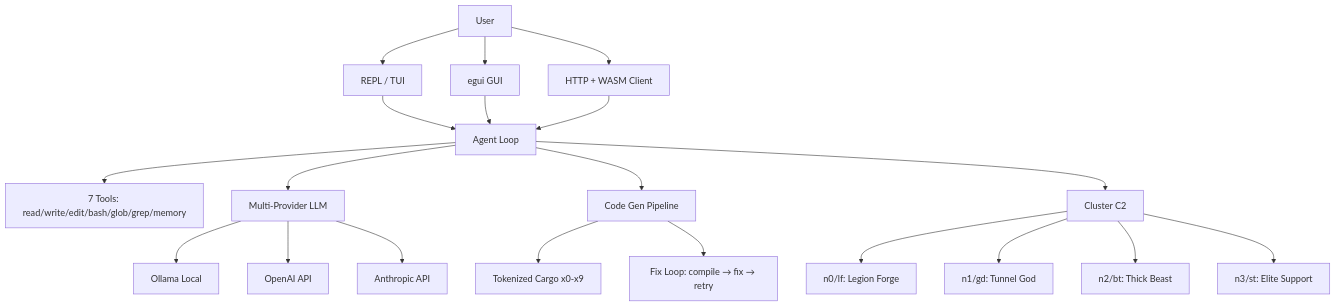
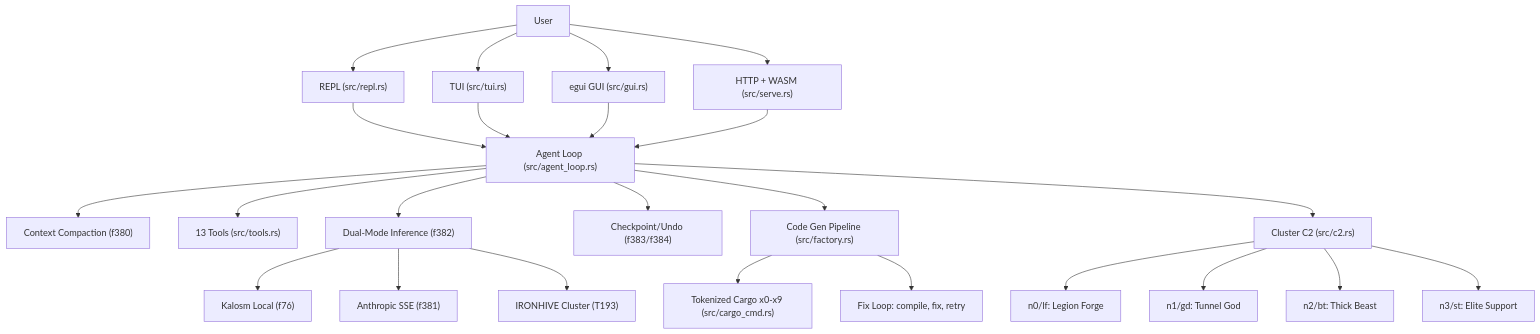
Before and after one commit to cochranblock/kova: the diagram in PROOF_OF_ARTIFACTS.md, drawn with Mermaid. The commit also changed other lines of this file and 5 other files, not shown here.

````diff
--- a/PROOF_OF_ARTIFACTS.md
+++ b/PROOF_OF_ARTIFACTS.md
@@ -11,22 +11,26 @@
 ```mermaid
 flowchart TD
-    User[User] --> REPL[REPL / TUI]
-    User --> GUI[egui GUI]
-    User --> HTTP[HTTP + WASM Client]
-    REPL --> AgentLoop[Agent Loop]
+    User[User] --> REPL["REPL (src/repl.rs)"]
+    User --> TUI["TUI (src/tui.rs)"]
+    User --> GUI["egui GUI (src/gui.rs)"]
+    User --> HTTP["HTTP + WASM (src/serve.rs)"]
+    REPL --> AgentLoop["Agent Loop (src/agent_loop.rs)"]
+    TUI --> AgentLoop
     GUI --> AgentLoop
     HTTP --> AgentLoop
-    AgentLoop --> Tools[7 Tools: read/write/edit/bash/glob/grep/memory]
-    AgentLoop --> Inference[Multi-Provider LLM]
-    Inference --> Ollama[Ollama Local]
-    Inference --> OpenAI[OpenAI API]
-    Inference --> Anthropic[Anthropic API]
-    AgentLoop --> Pipeline[Code Gen Pipeline]
-    Pipeline --> CargoCmd[Tokenized Cargo x0-x9]
-    Pipeline --> FixLoop[Fix Loop: compile → fix → retry]
-    AgentLoop --> C2[Cluster C2]
-    C2 --> n0[n0/lf: Legion Forge]
-    C2 --> n1[n1/gd: Tunnel God]
-    C2 --> n2[n2/bt: Thick Beast]
-    C2 --> n3[n3/st: Elite Support]
+    AgentLoop --> ContextMgr["Context Compaction (f380)"]
+    AgentLoop --> Tools["13 Tools (src/tools.rs)"]
+    AgentLoop --> Inference["Dual-Mode Inference (f382)"]
+    Inference --> Kalosm["Kalosm Local (f76)"]
+    Inference --> AnthropicSSE["Anthropic SSE (f381)"]
+    Inference --> Cluster["IRONHIVE Cluster (T193)"]
+    AgentLoop --> Checkpoint["Checkpoint/Undo (f383/f384)"]
+    AgentLoop --> Pipeline["Code Gen Pipeline (src/factory.rs)"]
+    Pipeline --> CargoCmd["Tokenized Cargo x0-x9 (src/cargo_cmd.rs)"]
+    Pipeline --> FixLoop["Fix Loop: compile, fix, retry"]
+    AgentLoop --> C2["Cluster C2 (src/c2.rs)"]
+    C2 --> n0["n0/lf: Legion Forge"]
+    C2 --> n1["n1/gd: Tunnel God"]
+    C2 --> n2["n2/bt: Thick Beast"]
+    C2 --> n3["n3/st: Elite Support"]
 ```
````
